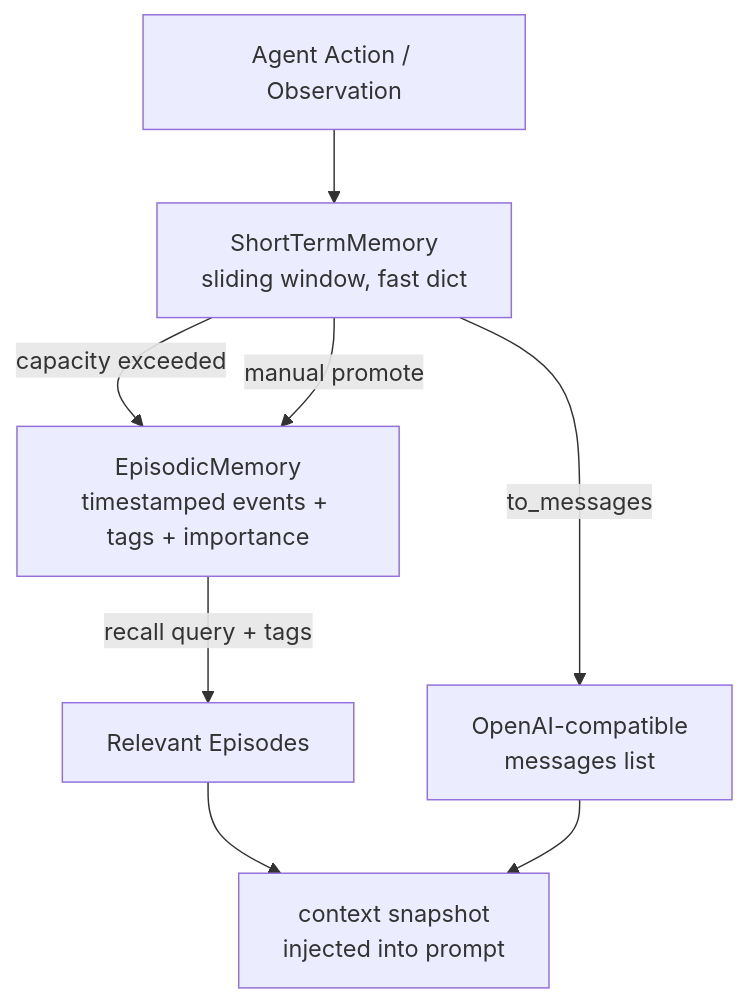
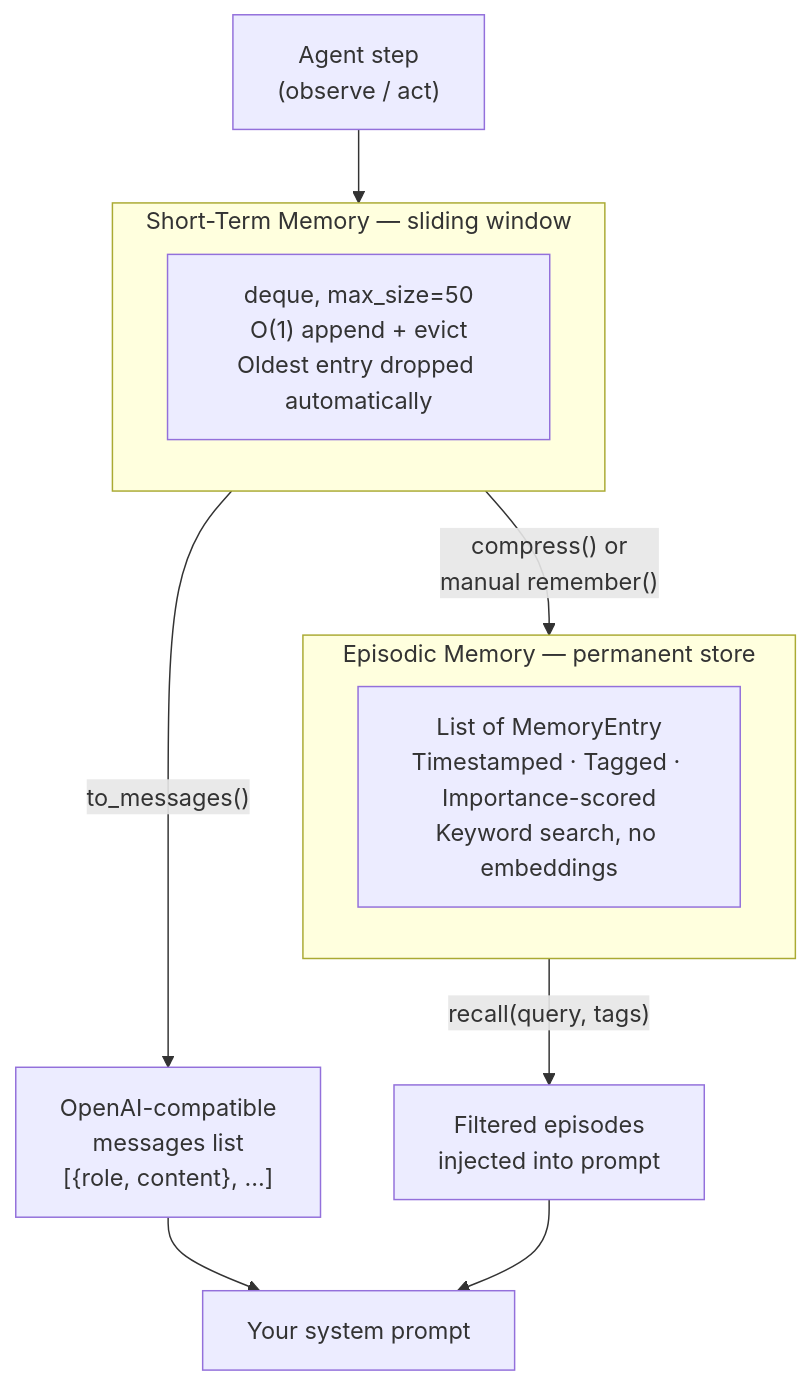
One commit to darshjme/agent-memory changed the first of 2 diagrams in README.md. Above: the diagram before and after it, drawn with Mermaid. The commit also changed other lines of this file and 1 other file, not shown here.

````diff
--- a/README.md
+++ b/README.md
@@ -30,11 +84,20 @@
 ```mermaid
 flowchart TD
-    A[Agent Action / Observation] --> B[ShortTermMemory\nsliding window, fast dict]
-    B -->|capacity exceeded| C[compress → EpisodicMemory]
-    B -->|manual promote| C
-    C[EpisodicMemory\ntimestamped events + tags + importance]
-    C -->|recall query + tags| D[Relevant Episodes]
-    B -->|to_messages| E[OpenAI-compatible\nmessages list]
-    D --> F[context snapshot\ninjected into prompt]
+    A["Agent step\n(observe / act)"] --> STM
+
+    subgraph STM["Short-Term Memory — sliding window"]
+      B["deque, max_size=50\nO(1) append + evict\nOldest entry dropped automatically"]
+    end
+
+    STM -->|"compress() or\nmanual remember()"| EP
+
+    subgraph EP["Episodic Memory — permanent store"]
+      C["List of MemoryEntry\nTimestamped · Tagged · Importance-scored\nKeyword search, no embeddings"]
+    end
+
+    STM -->|"to_messages()"| D["OpenAI-compatible\nmessages list\n[{role, content}, ...]"]
+    EP  -->|"recall(query, tags)"| E["Filtered episodes\ninjected into prompt"]
+
+    D --> F["Your system prompt"]
     E --> F
 ```
````
